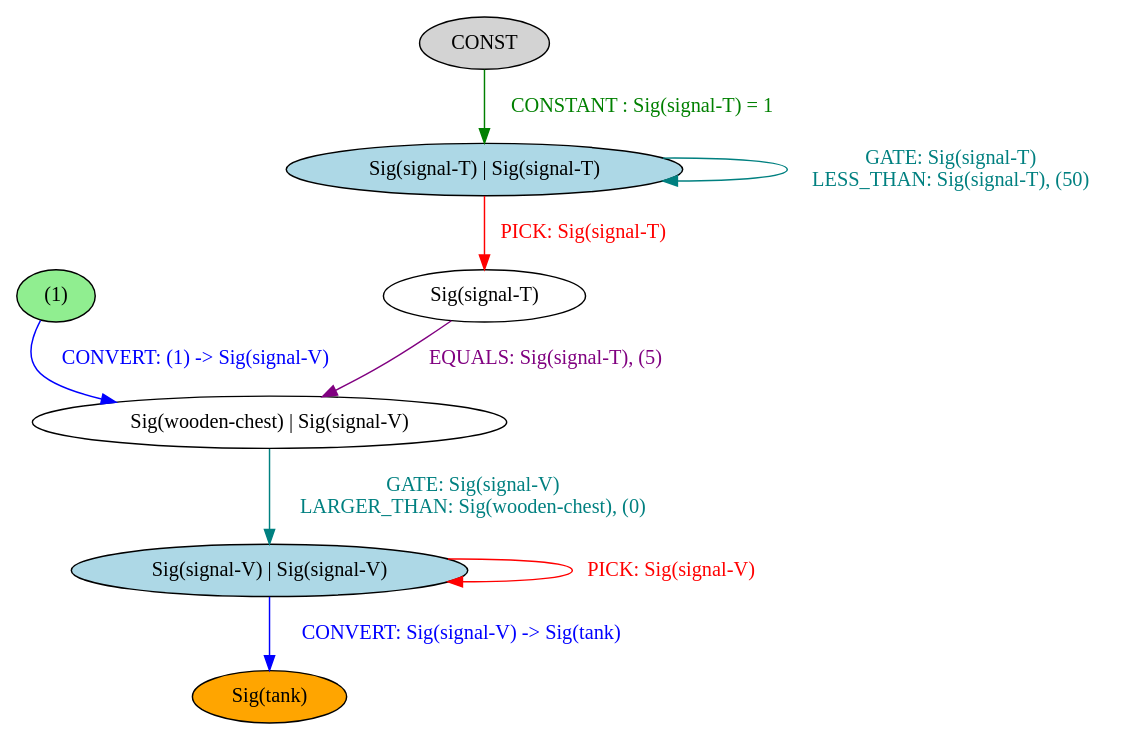
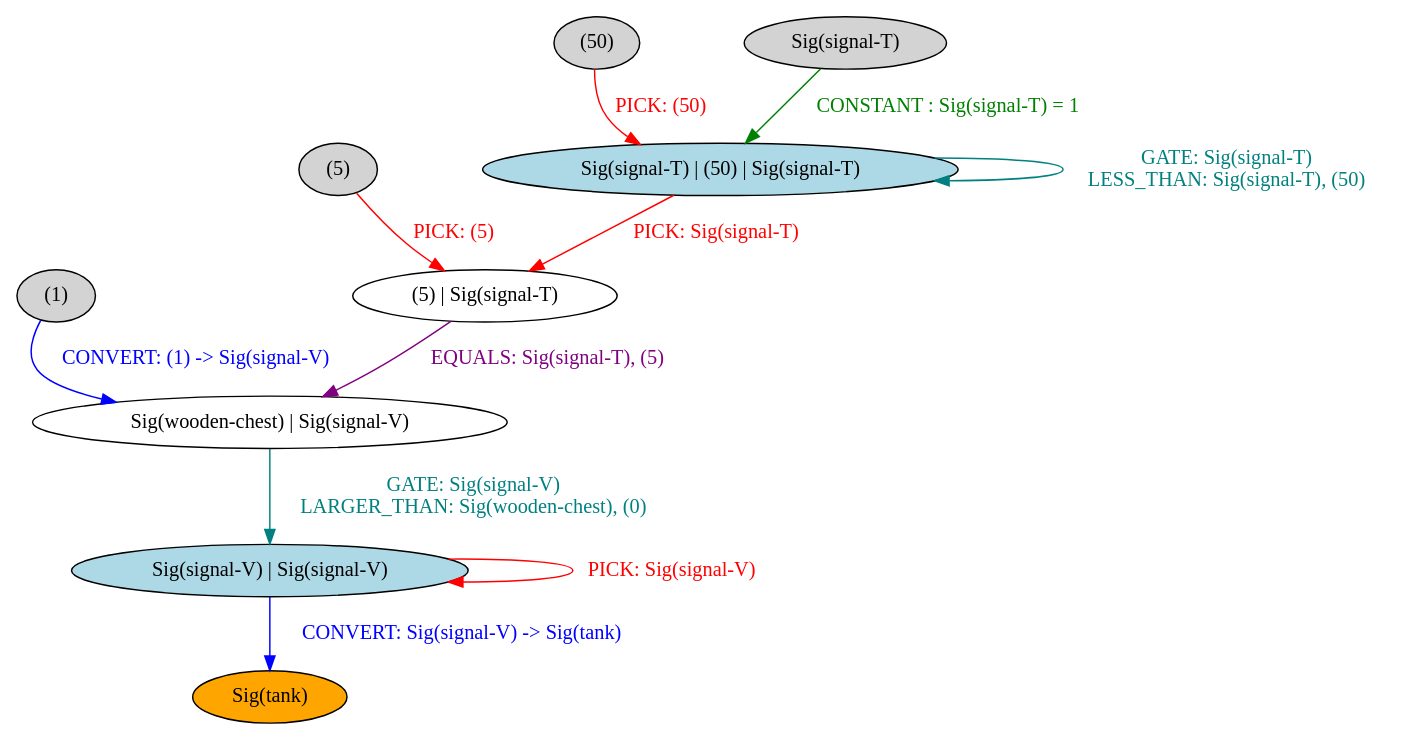
The diagram in chef-lang/examples/counter.output.dot (BalderHolst/chef), drawn with Graphviz before and after one commit. The commit also changed 18 other files, not shown here.

```diff
--- a/chef-lang/examples/counter.output.dot
+++ b/chef-lang/examples/counter.output.dot
@@ -1,20 +1,24 @@
 strict digraph {
 	nodesep=1
-	5	[style=filled fillcolor=white label="Sig(signal-T)"]
-	7	[style=filled fillcolor=lightgreen label="(1)"]
-	1	[style=filled fillcolor=lightblue label="Sig(signal-T) | Sig(signal-T)"]
+	5	[style=filled fillcolor=white label="(5) | Sig(signal-T)"]
+	4	[style=filled fillcolor=lightgray label="(5)"]
+	7	[style=filled fillcolor=lightgray label="(1)"]
+	1	[style=filled fillcolor=lightblue label="Sig(signal-T) | (50) | Sig(signal-T)"]
+	0	[style=filled fillcolor=lightgray label="(50)"]
 	3	[style=filled fillcolor=lightblue label="Sig(signal-V) | Sig(signal-V)"]
-	2	[style=filled fillcolor=lightgray label="CONST"]
+	2	[style=filled fillcolor=lightgray label="Sig(signal-T)"]
 	9	[style=filled fillcolor=orange label="Sig(tank)"]
 	8	[style=filled fillcolor=white label="Sig(wooden-chest) | Sig(signal-V)"]
 	5 -> 8	[label="EQUALS: Sig(signal-T), (5)" color=purple fontcolor=purple]
+	4 -> 5	[label="PICK: (5)" color=red fontcolor=red]
 	7 -> 8	[label="CONVERT: (1) -> Sig(signal-V)" color=blue fontcolor=blue]
 	1 -> 1	[label="GATE: Sig(signal-T)
 LESS_THAN: Sig(signal-T), (50)" color=teal fontcolor=teal]
 	1 -> 5	[label="PICK: Sig(signal-T)" color=red fontcolor=red]
+	0 -> 1	[label="PICK: (50)" color=red fontcolor=red]
 	3 -> 3	[label="PICK: Sig(signal-V)" color=red fontcolor=red]
 	3 -> 9	[label="CONVERT: Sig(signal-V) -> Sig(tank)" color=blue fontcolor=blue]
 	2 -> 1	[label="CONSTANT : Sig(signal-T) = 1" color=green fontcolor=green]
 	8 -> 3	[label="GATE: Sig(signal-V)
 LARGER_THAN: Sig(wooden-chest), (0)" color=teal fontcolor=teal]
 }
```
